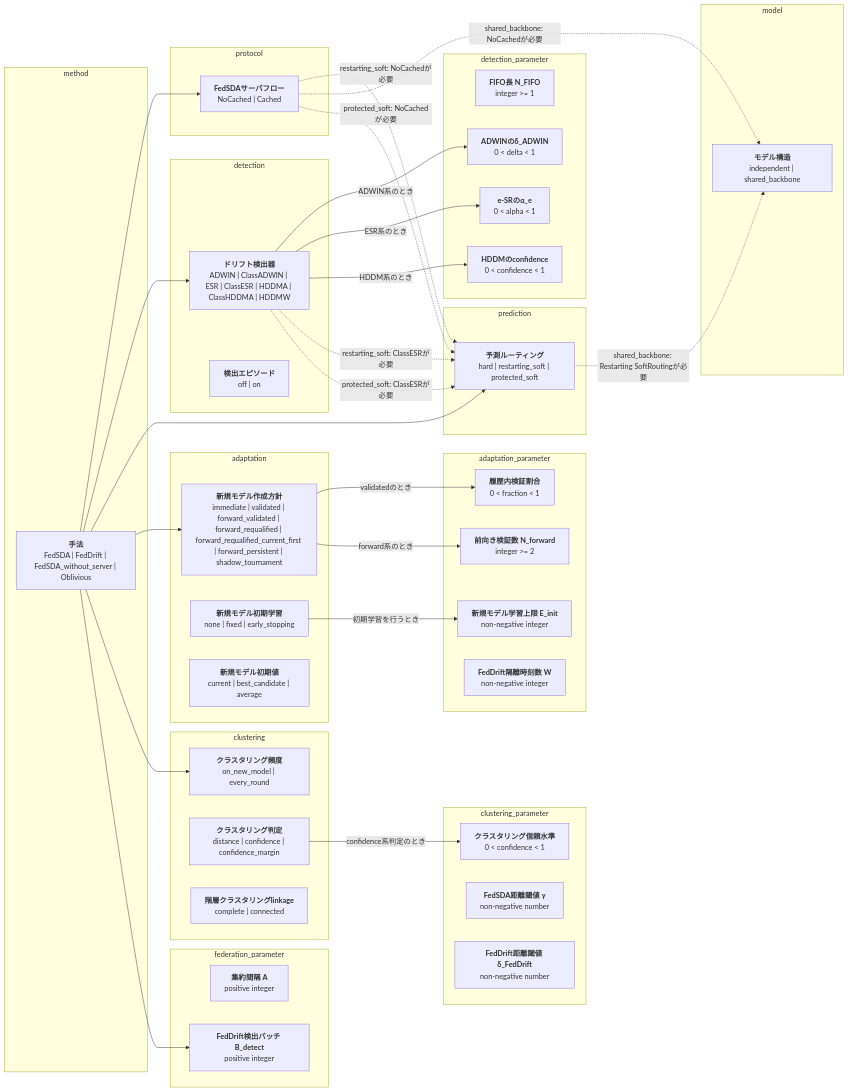
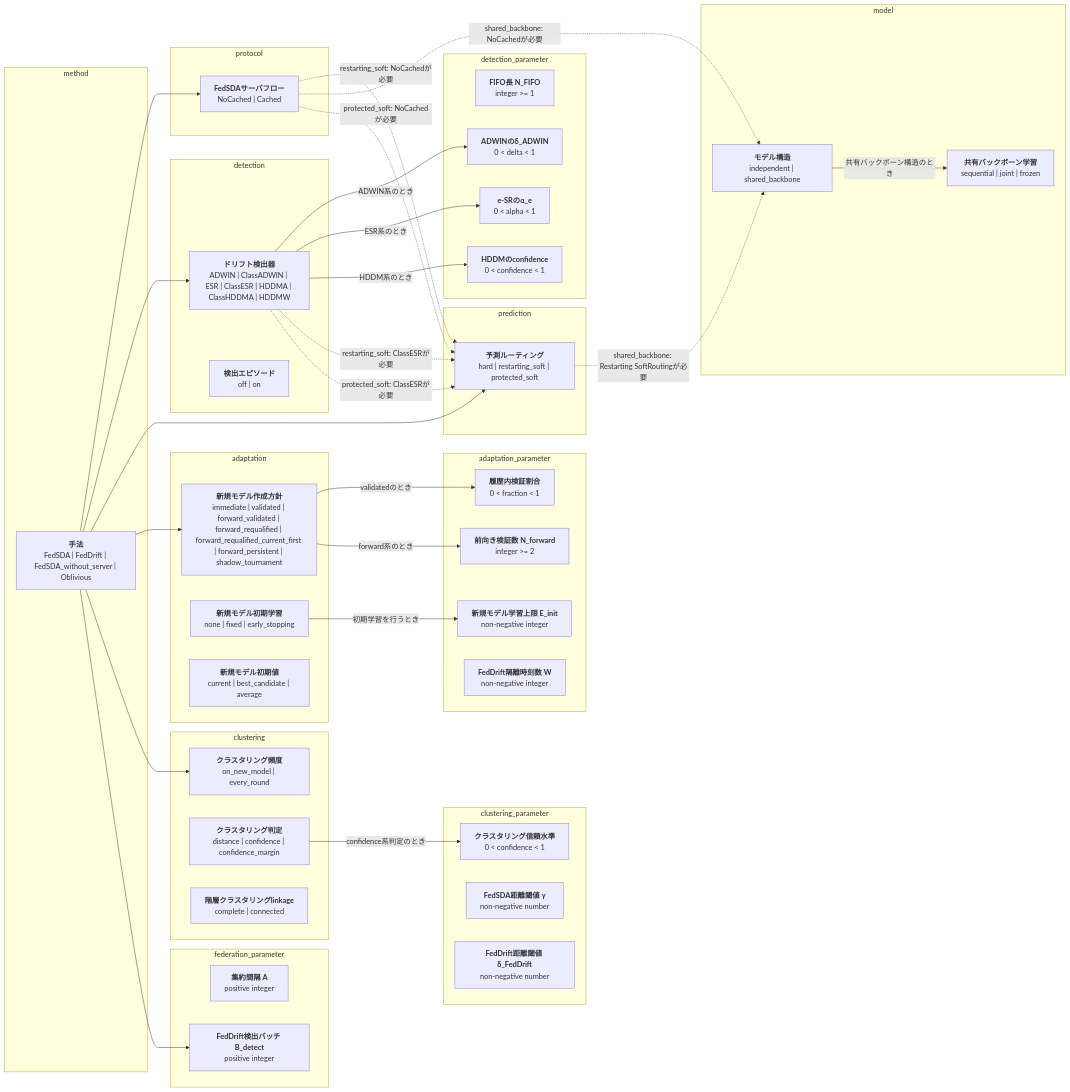
One commit to shimmen3141/FedSDA-experiment changed the first of 2 diagrams in docs/options.md. Above: the diagram before and after it, drawn with Mermaid. The commit also changed other lines of this file and 15 other files, not shown here.

Commit message:
Add joint shared-backbone training

````diff
--- a/docs/options.md
+++ b/docs/options.md
@@ -18,69 +18,71 @@
 ```mermaid
 flowchart LR
   subgraph group_method[method]
     method["<b>手法</b><br/>FedSDA | FedDrift | FedSDA_without_server | Oblivious"]
   end
   subgraph group_protocol[protocol]
     server_flow["<b>FedSDAサーバフロー</b><br/>NoCached | Cached"]
   end
   subgraph group_detection[detection]
     detector["<b>ドリフト検出器</b><br/>ADWIN | ClassADWIN | ESR | ClassESR | HDDMA | ClassHDDMA | HDDMW"]
     detection_episodes["<b>検出エピソード</b><br/>off | on"]
   end
   subgraph group_prediction[prediction]
     routing["<b>予測ルーティング</b><br/>hard | restarting_soft | protected_soft"]
   end
   subgraph group_model[model]
     model_architecture["<b>モデル構造</b><br/>independent | shared_backbone"]
+    shared_backbone_training["<b>共有バックボーン学習</b><br/>sequential | joint | frozen"]
   end
   subgraph group_adaptation[adaptation]
     new_model_creation_policy["<b>新規モデル作成方針</b><br/>immediate | validated | forward_validated | forward_requalified | forward_requalified_current_first | forward_persistent | shadow_tournament"]
     new_model_training["<b>新規モデル初期学習</b><br/>none | fixed | early_stopping"]
     new_model_initialization["<b>新規モデル初期値</b><br/>current | best_candidate | average"]
   end
   subgraph group_adaptation_parameter[adaptation_parameter]
     new_model_epochs["<b>新規モデル学習上限 E_init</b><br/>non-negative integer"]
     new_model_validation_fraction["<b>履歴内検証割合</b><br/>0 < fraction < 1"]
     new_model_forward_validation_samples["<b>前向き検証数 N_forward</b><br/>integer >= 2"]
     feddrift_isolation_timesteps["<b>FedDrift隔離時刻数 W</b><br/>non-negative integer"]
   end
   subgraph group_detection_parameter[detection_parameter]
     fifo_size["<b>FIFO長 N_FIFO</b><br/>integer >= 1"]
     adwin_delta["<b>ADWINのδ_ADWIN</b><br/>0 < delta < 1"]
     e_detector_alpha["<b>e-SRのα_e</b><br/>0 < alpha < 1"]
     hddm_drift_confidence["<b>HDDMのconfidence</b><br/>0 < confidence < 1"]
   end
   subgraph group_clustering[clustering]
     clustering_policy["<b>クラスタリング頻度</b><br/>on_new_model | every_round"]
     clustering_decision["<b>クラスタリング判定</b><br/>distance | confidence | confidence_margin"]
     cluster_linkage["<b>階層クラスタリングlinkage</b><br/>complete | connected"]
   end
   subgraph group_clustering_parameter[clustering_parameter]
     clustering_confidence["<b>クラスタリング信頼水準</b><br/>0 < confidence < 1"]
     fedsda_distance_threshold["<b>FedSDA距離閾値 γ</b><br/>non-negative number"]
     feddrift_distance_threshold["<b>FedDrift距離閾値 δ_FedDrift</b><br/>non-negative number"]
   end
   subgraph group_federation_parameter[federation_parameter]
     aggregation_interval["<b>集約間隔 A</b><br/>positive integer"]
     feddrift_detection_batch_size["<b>FedDrift検出バッチ B_detect</b><br/>positive integer"]
   end
+  model_architecture -->|"共有バックボーン構造のとき"| shared_backbone_training
   new_model_training -->|"初期学習を行うとき"| new_model_epochs
   new_model_creation_policy -->|"validatedのとき"| new_model_validation_fraction
   new_model_creation_policy -->|"forward系のとき"| new_model_forward_validation_samples
   detector -->|"ADWIN系のとき"| adwin_delta
   detector -->|"ESR系のとき"| e_detector_alpha
   detector -->|"HDDM系のとき"| hddm_drift_confidence
   clustering_decision -->|"confidence系判定のとき"| clustering_confidence
   server_flow -.->|"restarting_soft: NoCachedが必要"| routing
   detector -.->|"restarting_soft: ClassESRが必要"| routing
   server_flow -.->|"shared_backbone: NoCachedが必要"| model_architecture
   routing -.->|"shared_backbone: Restarting SoftRoutingが必要"| model_architecture
   server_flow -.->|"protected_soft: NoCachedが必要"| routing
   detector -.->|"protected_soft: ClassESRが必要"| routing
   method --> server_flow
   method --> detector
   method --> routing
   method --> new_model_creation_policy
   method --> clustering_policy
   method --> feddrift_detection_batch_size
 ```
````
